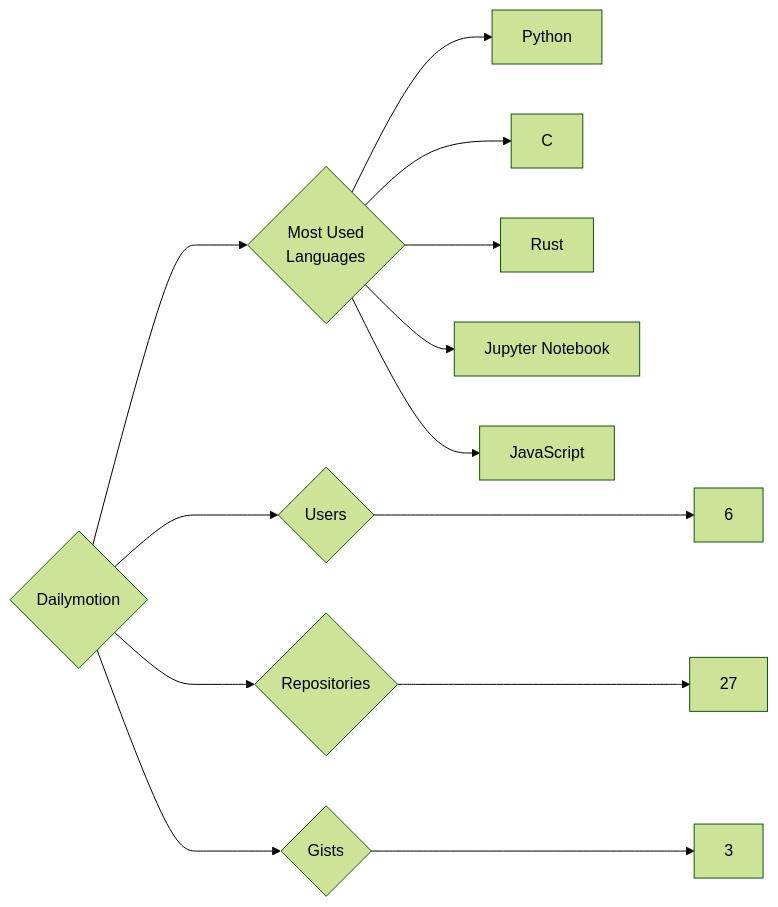
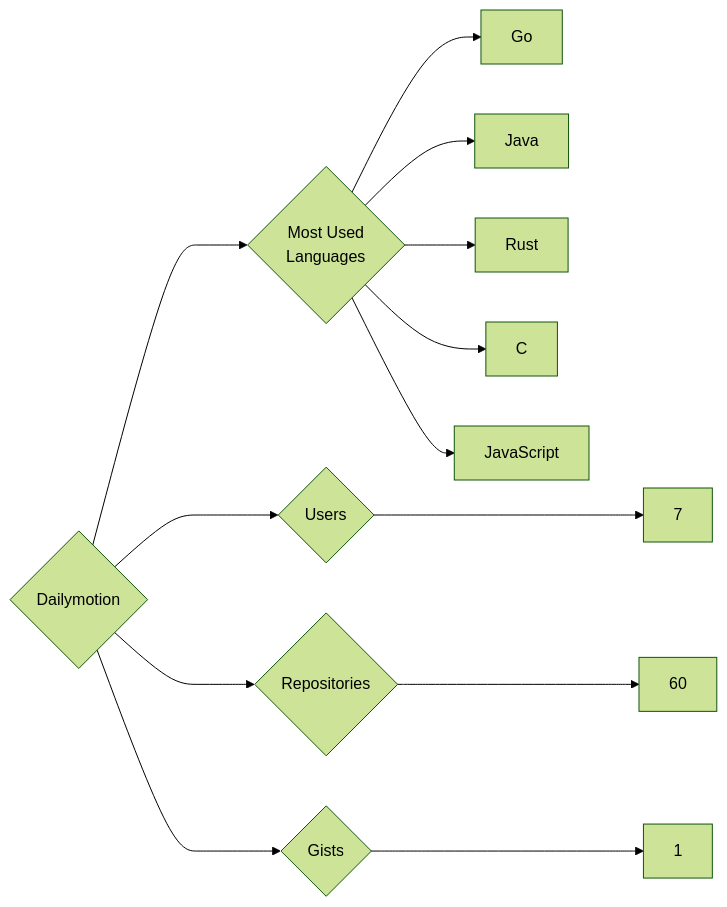
One commit to trickest/insiders changed the diagram in targets/Dailymotion/README.md. Above: the diagram before and after it, drawn with Mermaid (forest theme). The commit also changed 1023 other files, not shown here.

````diff
--- a/targets/Dailymotion/README.md
+++ b/targets/Dailymotion/README.md
@@ -3,13 +3,13 @@
 ```mermaid
 graph LR
 COMPANY_NAME{Dailymotion}
-COMPANY_NAME ---> U{Users} ---> UN[6]
-COMPANY_NAME ---> R{Repositories} ---> RN[27]
-COMPANY_NAME ---> G{Gists} ---> GN[3]
+COMPANY_NAME ---> U{Users} ---> UN[7]
+COMPANY_NAME ---> R{Repositories} ---> RN[60]
+COMPANY_NAME ---> G{Gists} ---> GN[1]
 COMPANY_NAME ---> ML{Most Used<br>Languages}
-ML --> Python[Python]
+ML --> Go[Go]
+ML --> Java[Java]
+ML --> Rust[Rust]
 ML --> C[C]
-ML --> Rust[Rust]
-ML --> Jupyter_Notebook[Jupyter Notebook]
 ML --> JavaScript[JavaScript]
 ```
````
